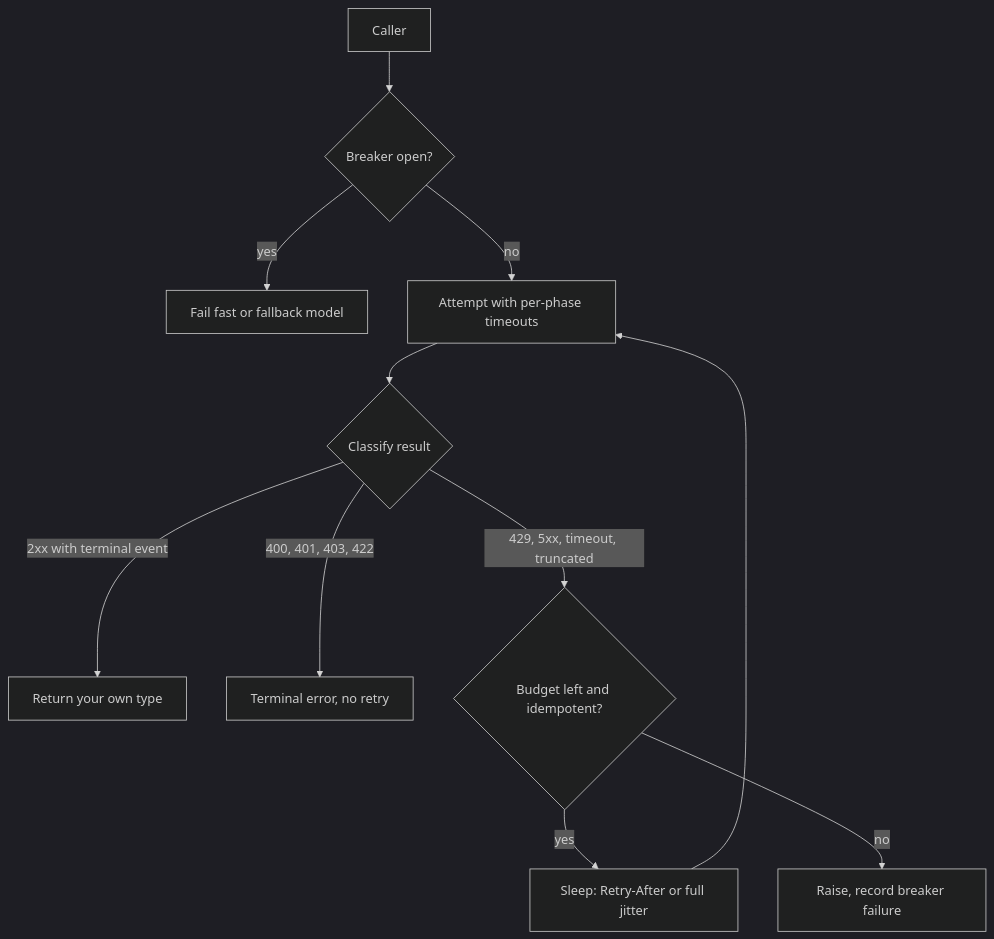
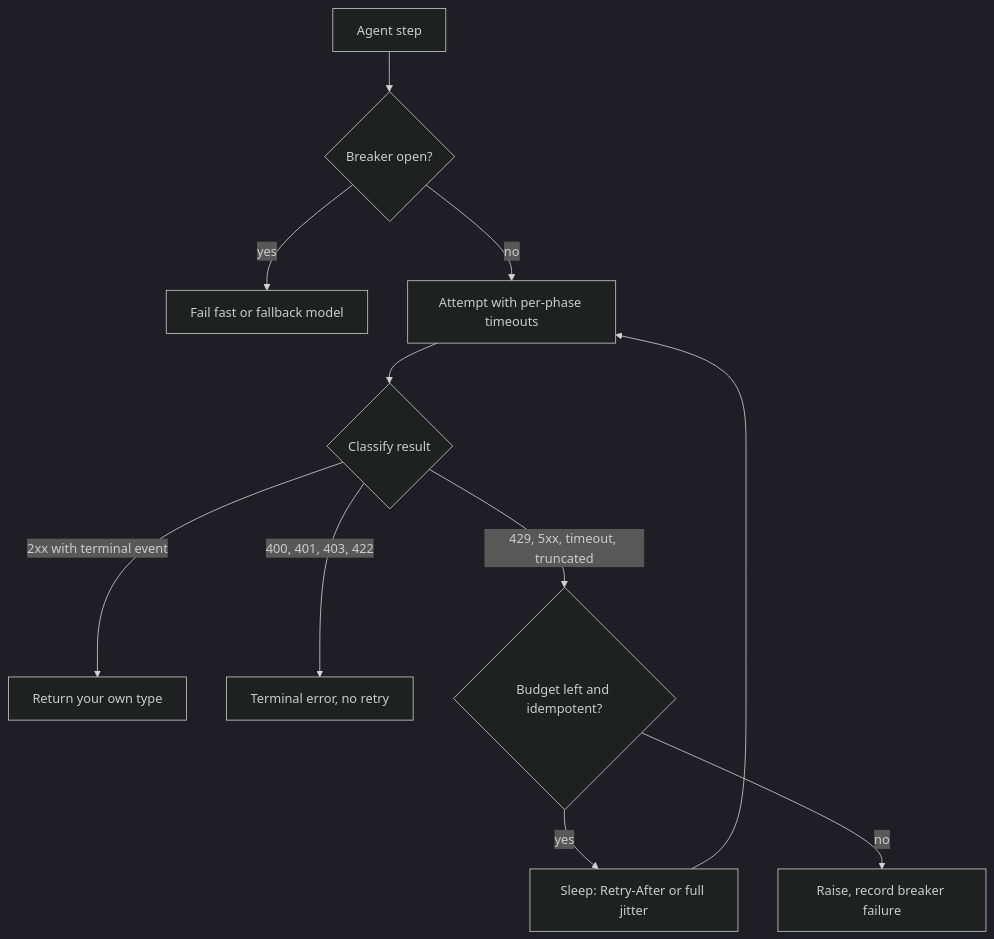
Before and after one commit to lovishmahajan97/agentic-learning: the diagram in content/backend-fundamentals/api-and-sdk-integration.md, drawn with Mermaid (dark theme). The commit also changed other lines of this file and 485 other files, not shown here.

````diff
--- a/content/backend-fundamentals/api-and-sdk-integration.md
+++ b/content/backend-fundamentals/api-and-sdk-integration.md
@@ -122,13 +141,13 @@
 ```mermaid
 flowchart TD
-    C["Caller"] --> B{"Breaker open?"}
+    C["Agent step"] --> B{"Breaker open?"}
     B -->|"yes"| F["Fail fast or fallback model"]
     B -->|"no"| A["Attempt with per-phase timeouts"]
     A --> K{"Classify result"}
     K -->|"2xx with terminal event"| OK["Return your own type"]
     K -->|"400, 401, 403, 422"| T["Terminal error, no retry"]
     K -->|"429, 5xx, timeout, truncated"| R{"Budget left and idempotent?"}
     R -->|"yes"| S["Sleep: Retry-After or full jitter"]
     S --> A
     R -->|"no"| E["Raise, record breaker failure"]
 ```
````
